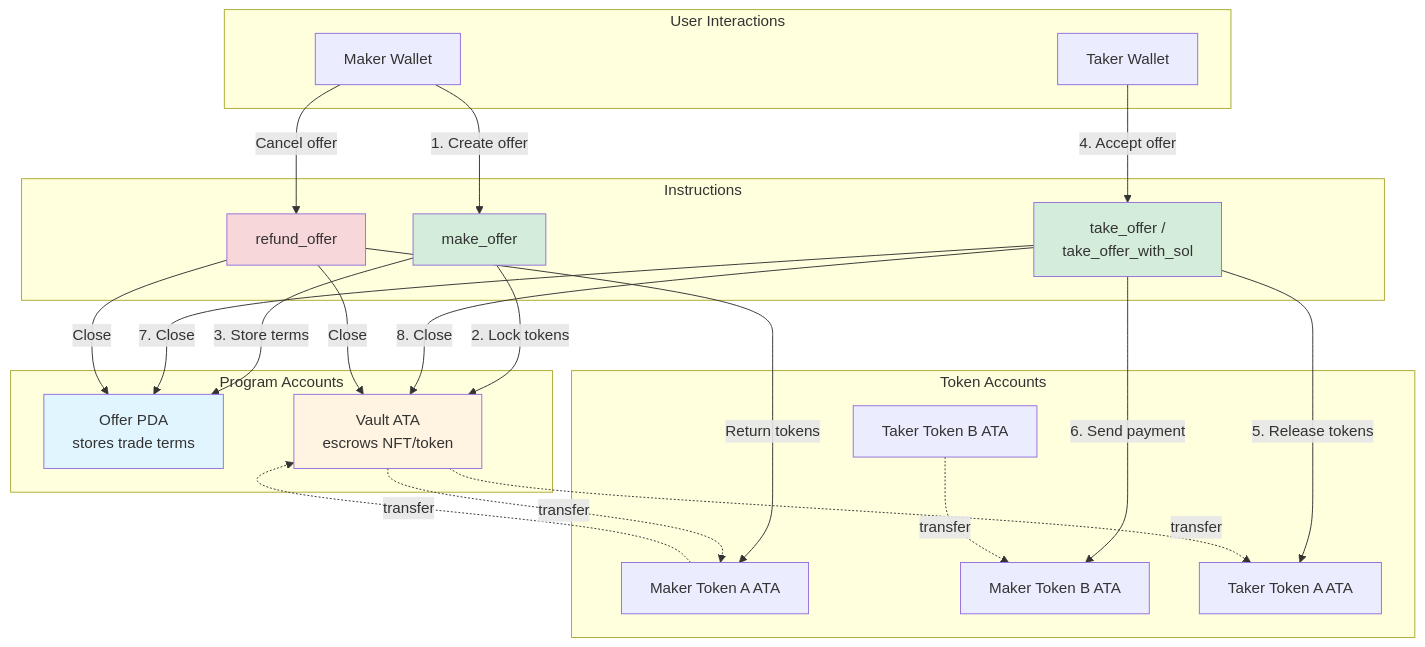
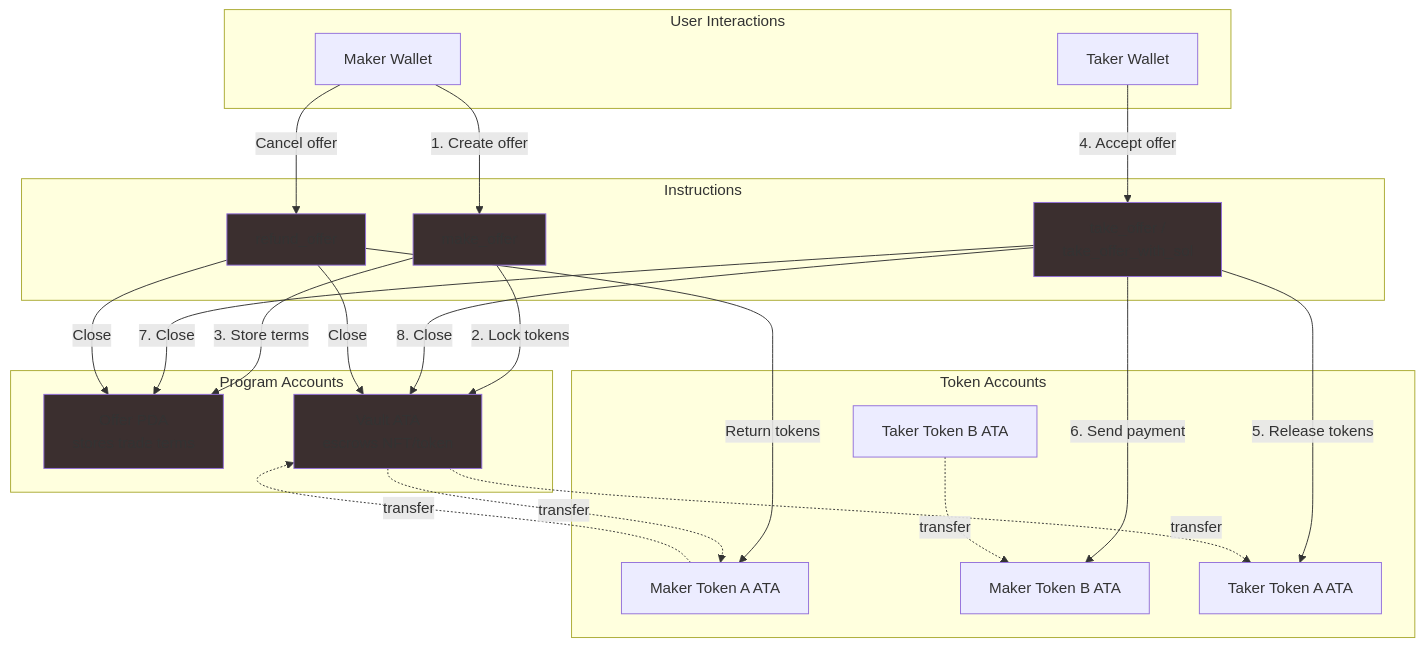
Before and after one commit to zebra0307/NFT-Marketplace: the diagram in anchor/README.md, drawn with Mermaid. The commit also changed other lines of this file, not shown here.

Commit message:
Update README
Updated styles for Offer, Vault, MakeOffer, TakeOffer, and RefundOffer sections. Removed license information and program version details.

````diff
--- a/anchor/README.md
+++ b/anchor/README.md
@@ -16,50 +16,50 @@
 ```mermaid
 graph TB
     subgraph "User Interactions"
         Maker[Maker Wallet]
         Taker[Taker Wallet]
     end
     
     subgraph "Program Accounts"
         Offer[Offer PDA<br/>stores trade terms]
         Vault[Vault ATA<br/>escrows NFT/token]
     end
     
     subgraph "Instructions"
         MakeOffer[make_offer]
         TakeOffer[take_offer /<br/>take_offer_with_sol]
         RefundOffer[refund_offer]
     end
     
     subgraph "Token Accounts"
         MakerATA_A[Maker Token A ATA]
         MakerATA_B[Maker Token B ATA]
         TakerATA_A[Taker Token A ATA]
         TakerATA_B[Taker Token B ATA]
     end
     
     Maker -->|1. Create offer| MakeOffer
     MakeOffer -->|2. Lock tokens| Vault
     MakeOffer -->|3. Store terms| Offer
     MakerATA_A -.->|transfer| Vault
     
     Taker -->|4. Accept offer| TakeOffer
     TakeOffer -->|5. Release tokens| TakerATA_A
     TakeOffer -->|6. Send payment| MakerATA_B
     Vault -.->|transfer| TakerATA_A
     TakerATA_B -.->|transfer| MakerATA_B
     TakeOffer -->|7. Close| Offer
     TakeOffer -->|8. Close| Vault
     
     Maker -->|Cancel offer| RefundOffer
     RefundOffer -->|Return tokens| MakerATA_A
     Vault -.->|transfer| MakerATA_A
     RefundOffer -->|Close| Offer
     RefundOffer -->|Close| Vault
     
-    style Offer fill:#e1f5ff
-    style Vault fill:#fff4e1
-    style MakeOffer fill:#d4edda
-    style TakeOffer fill:#d4edda
-    style RefundOffer fill:#f8d7da
+    style Offer fill:#3B2F2F
+    style Vault fill:#3B2F2F
+    style MakeOffer fill:#3B2F2F
+    style TakeOffer fill:#3B2F2F
+    style RefundOffer fill:#3B2F2F
 ```
````
